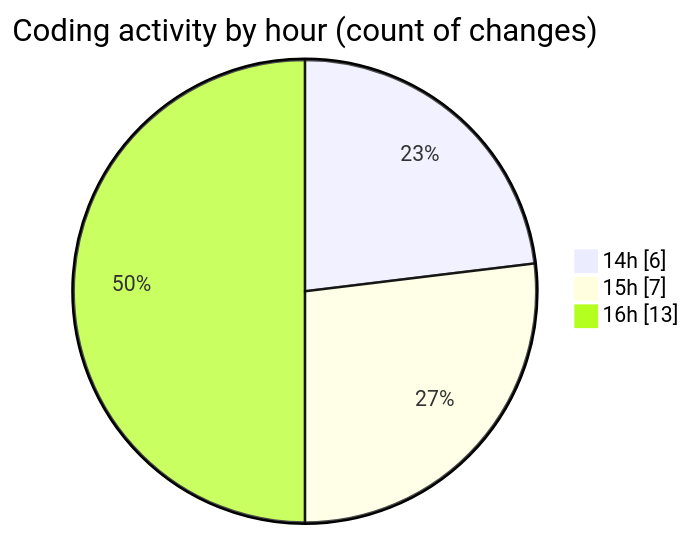
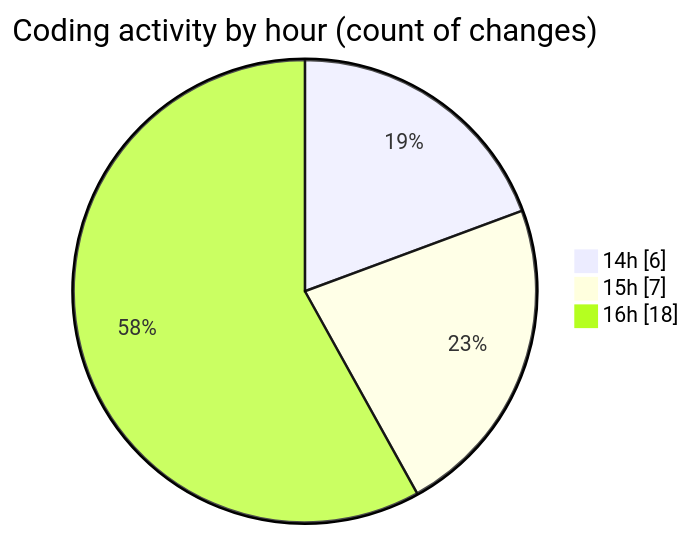
Before and after one commit to igalym/code-tracking: the second of 2 diagrams in 2026-03-30/cinema/README.md, drawn with Mermaid. The commit also changed other lines of this file and 1 other file, not shown here.

````diff
--- a/2026-03-30/cinema/README.md
+++ b/2026-03-30/cinema/README.md
@@ -32,7 +33,7 @@
 ```mermaid
 pie showData
 title Coding activity by hour (count of changes)
 "14h" : 6
 "15h" : 7
-"16h" : 13
+"16h" : 18
 ```
````
